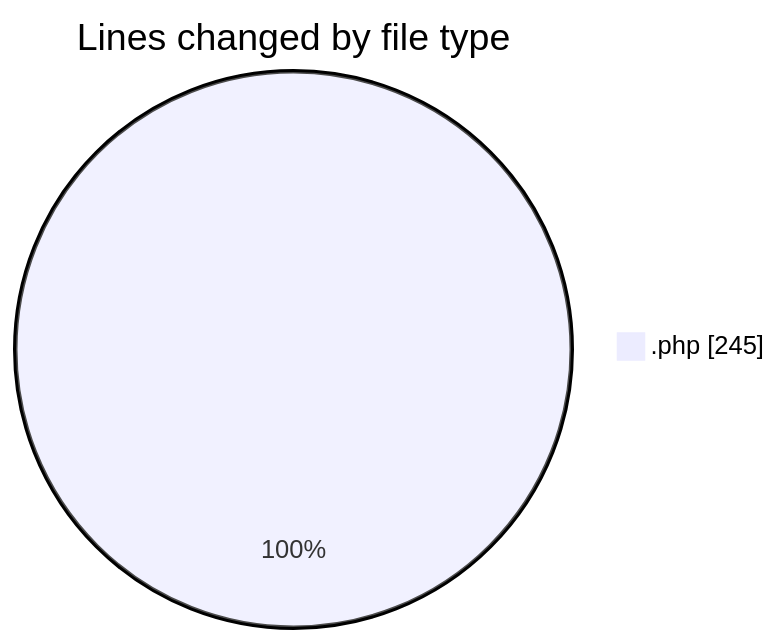
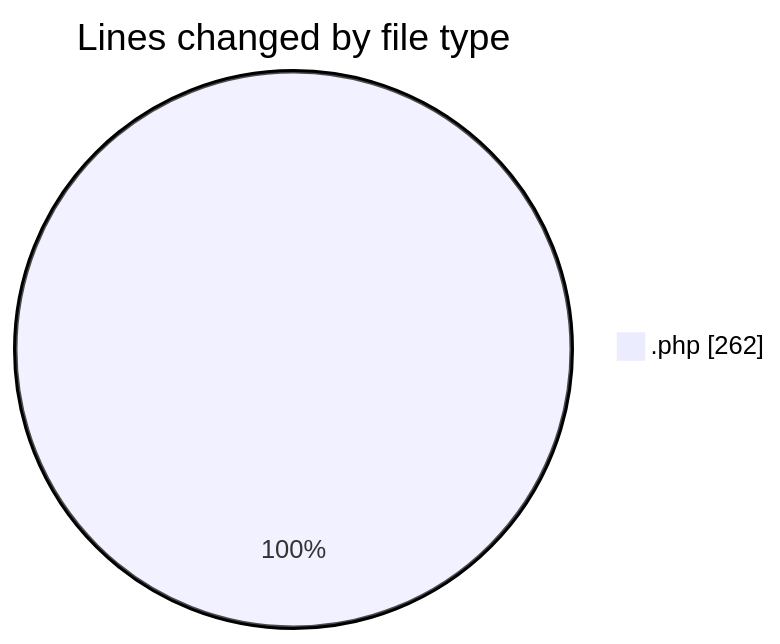
Before and after one commit to LanceThiago/code-tracking: the first of 2 diagrams in 2026-10-27/jogo/README.md, drawn with Mermaid. The commit also changed other lines of this file and 1 other file, not shown here.

````diff
--- a/2026-10-27/jogo/README.md
+++ b/2026-10-27/jogo/README.md
@@ -21,5 +21,5 @@
 ```mermaid
 pie showData
 title Lines changed by file type
-".php" : 245
+".php" : 262
 ```
````
